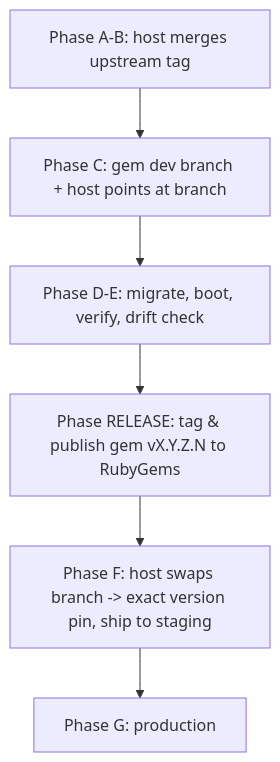
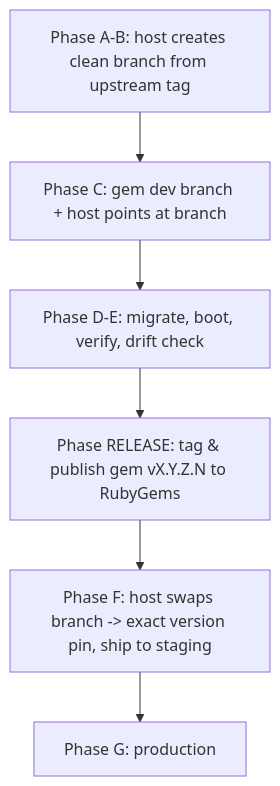
One commit to patchwork-hub/newsmast_mastodon changed the diagram in docs/internal/mastodon-upgrade/RUNBOOK.md. Above: the diagram before and after it, drawn with Mermaid. The commit also changed other lines of this file and 23 other files, not shown here.

First line of the commit message:
fix: harden CSID role assignment flow for signup safety (#15)

````diff
--- a/docs/internal/mastodon-upgrade/RUNBOOK.md
+++ b/docs/internal/mastodon-upgrade/RUNBOOK.md
@@ -84,8 +108,8 @@
 ```mermaid
 flowchart TD
-    A[Phase A-B: host merges upstream tag] --> B[Phase C: gem dev branch + host points at branch]
+    A[Phase A-B: host creates clean branch from upstream tag] --> B[Phase C: gem dev branch + host points at branch]
     B --> C[Phase D-E: migrate, boot, verify, drift check]
    C --> D[Phase RELEASE: tag & publish gem vX.Y.Z.N to RubyGems]
     D --> E[Phase F: host swaps branch -> exact version pin, ship to staging]
     E --> F[Phase G: production]
 ```
````
